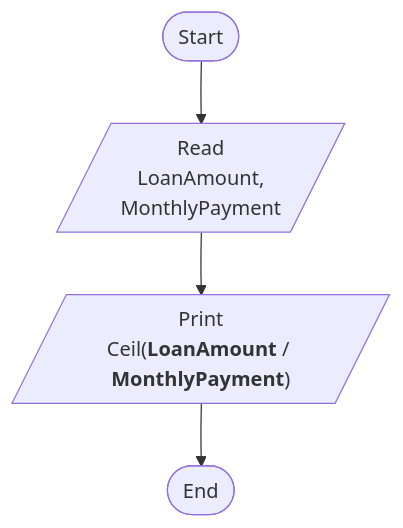
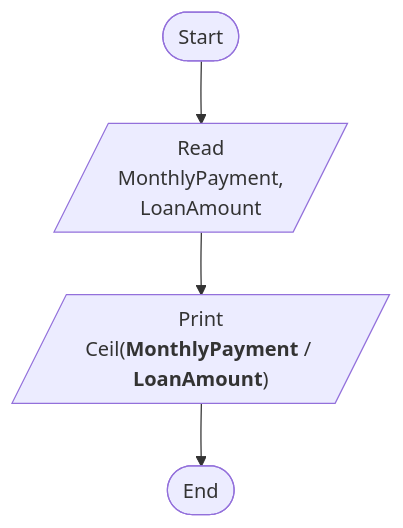
One commit to M4MD24/Algorithms-and-Problem-Solving-Level-1-by-Programming-Advices changed the diagram in src/_45_problem_47/Problem47.mmd. Above: the diagram before and after it, drawn with Mermaid.

Commit message:
# Edit Solving Problem 47

```diff
--- a/src/_45_problem_47/Problem47.mmd
+++ b/src/_45_problem_47/Problem47.mmd
@@ -1,12 +1,12 @@
 %% Write a program to read a loan Amount and monthly payment and calculate how many months you need to settle the loan
 %% Steps
-%% Step 1: Read a LoanAmount and MonthlyPayment
-%% Step 2: Print Ceil(LoanAmount / MonthlyPayment)
+%% Step 1: Read a MonthlyPayment and LoanAmount
+%% Step 2: Print Ceil(MonthlyPayment / LoanAmount)
 
 flowchart TD
     Start([Start])
-    ReadLoanAmountAndMonthlyPayment[/Read\nLoanAmount,\nMonthlyPayment/]
+    ReadMonthlyPaymentAndLoanAmount[/Read\nMonthlyPayment,\nLoanAmount/]
     PrintMonthsRequired[/"`Print
-    Ceil(**LoanAmount** / **MonthlyPayment**)`"/]
+    Ceil(**MonthlyPayment** / **LoanAmount**)`"/]
     End([End])
-    Start --> ReadLoanAmountAndMonthlyPayment --> PrintMonthsRequired --> End
+    Start --> ReadMonthlyPaymentAndLoanAmount --> PrintMonthsRequired --> End
```
